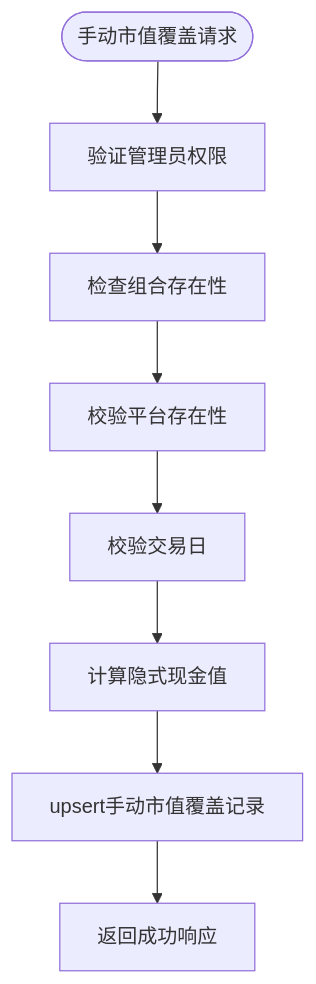
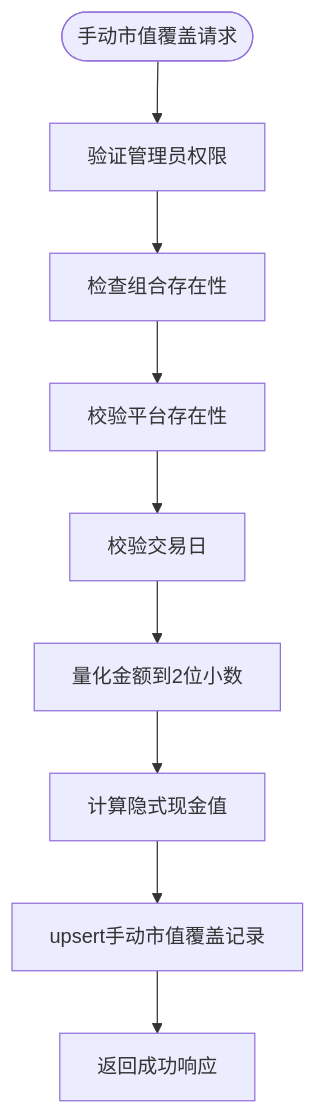
One commit to gujialind/InvestRing changed the third of 10 diagrams in .qoder/repowiki/zh/content/核心业务功能/持仓管理.md. Above: the diagram before and after it, drawn with Mermaid. The commit also changed other lines of this file and 65 other files, not shown here.

````diff
--- a/.qoder/repowiki/zh/content/核心业务功能/持仓管理.md
+++ b/.qoder/repowiki/zh/content/核心业务功能/持仓管理.md
@@ -331,10 +377,11 @@
 ```mermaid
 flowchart TD
 CashUpdate(["手动市值覆盖请求"]) --> ValidateAdmin["验证管理员权限"]
 ValidateAdmin --> CheckPortfolio["检查组合存在性"]
 CheckPortfolio --> CheckPlatform["校验平台存在性"]
 CheckPlatform --> CheckTradingDay["校验交易日"]
-CheckTradingDay --> ComputeValue["计算隐式现金值"]
+CheckTradingDay --> QuantizeAmount["量化金额到2位小数"]
+QuantizeAmount --> ComputeValue["计算隐式现金值"]
 ComputeValue --> UpsertMMV["upsert手动市值覆盖记录"]
 UpsertMMV --> ReturnSuccess["返回成功响应"]
 ```
````
